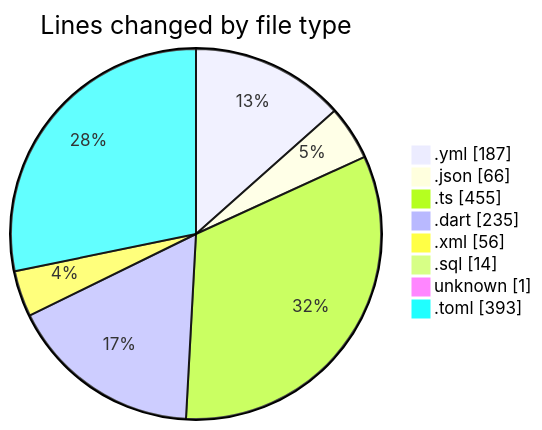
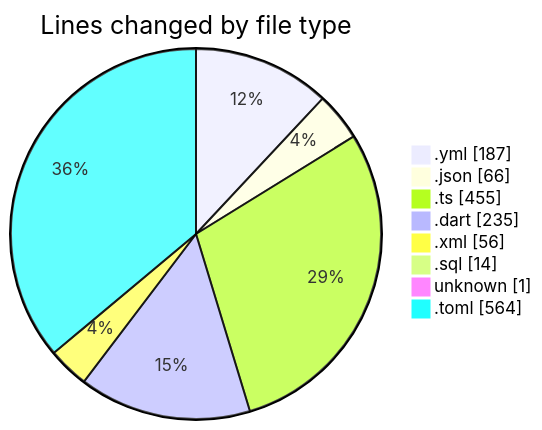
Before and after one commit to donsfak/code-tracking: the first of 2 diagrams in 2025-02-10/maps_clone/README.md, drawn with Mermaid. The commit also changed other lines of this file and 1 other file, not shown here.

````diff
--- a/2025-02-10/maps_clone/README.md
+++ b/2025-02-10/maps_clone/README.md
@@ -31,12 +31,12 @@
 ```mermaid
 pie showData
 title Lines changed by file type
 ".yml" : 187
 ".json" : 66
 ".ts" : 455
 ".dart" : 235
 ".xml" : 56
 ".sql" : 14
 "unknown" : 1
-".toml" : 393
+".toml" : 564
 ```
````
